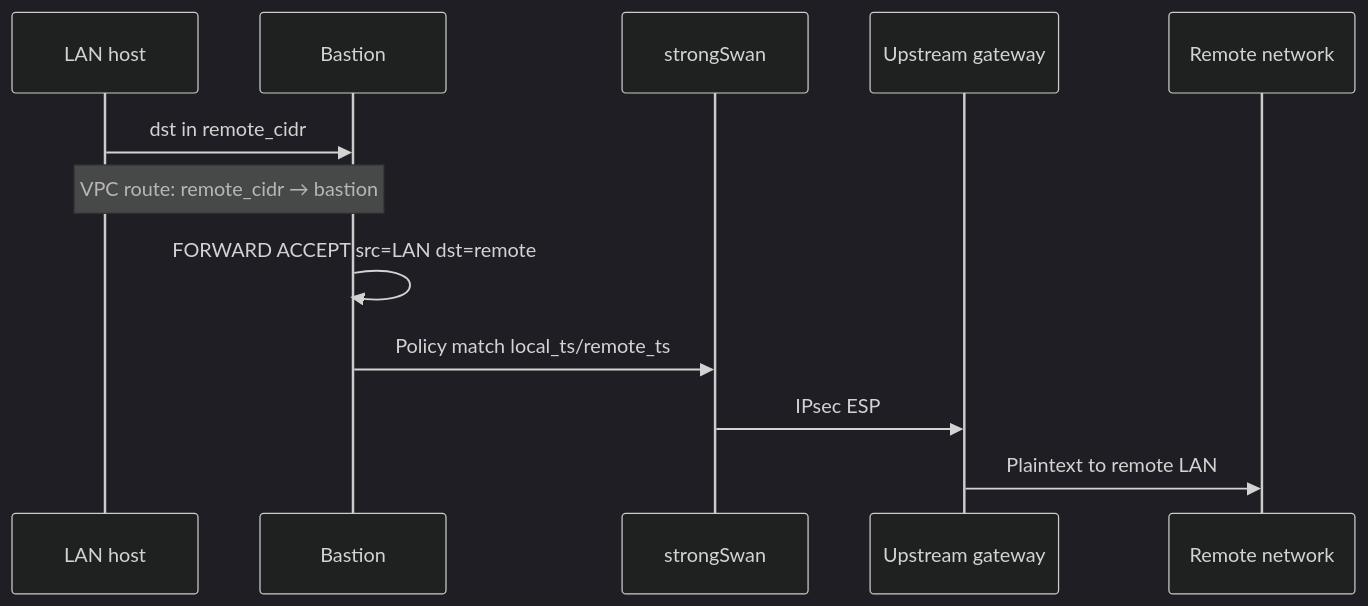
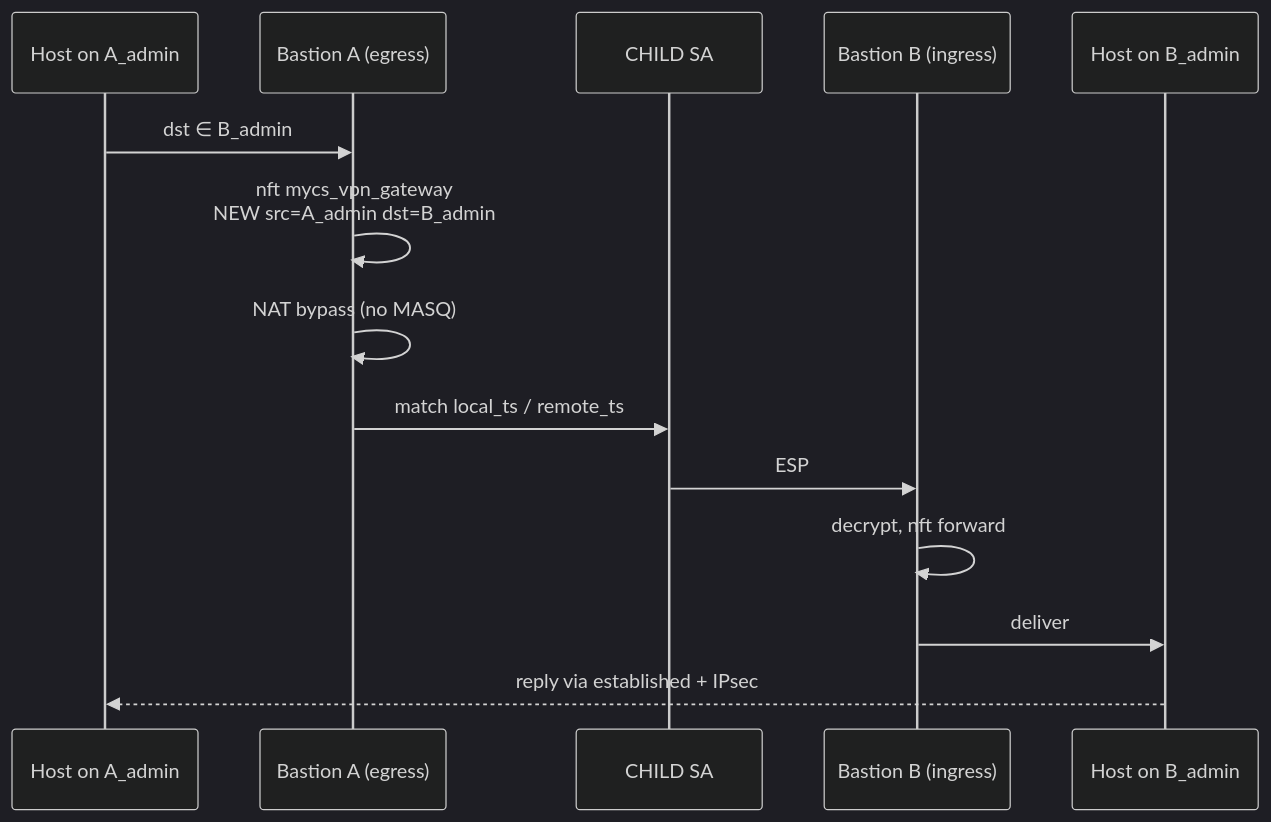
The sixth of 7 diagrams in image/docs/network-design.md (novassist-ai/mycs-node), drawn with Mermaid (dark theme) before and after one commit. The commit also changed other lines of this file and 6 other files, not shown here.

````diff
--- a/image/docs/network-design.md
+++ b/image/docs/network-design.md
@@ -308,15 +455,17 @@
 ```mermaid
 sequenceDiagram
-  participant H as LAN host
-  participant B as Bastion
-  participant S as strongSwan
-  participant U as Upstream gateway
-  participant R as Remote network
+  participant H as Host on A_admin
+  participant B as Bastion A (egress)
+  participant IPsec as CHILD SA
+  participant P as Bastion B (ingress)
+  participant J as Host on B_admin
 
-  H->>B: dst in remote_cidr
-  Note over H,B: VPC route: remote_cidr → bastion
-  B->>B: FORWARD ACCEPT src=LAN dst=remote
-  B->>S: Policy match local_ts/remote_ts
-  S->>U: IPsec ESP
-  U->>R: Plaintext to remote LAN
+  H->>B: dst ∈ B_admin
+  B->>B: nft mycs_vpn_gateway<br/>NEW src=A_admin dst=B_admin
+  B->>B: NAT bypass (no MASQ)
+  B->>IPsec: match local_ts / remote_ts
+  IPsec->>P: ESP
+  P->>P: decrypt, nft forward
+  P->>J: deliver
+  J-->>H: reply via established + IPsec
 ```
````
